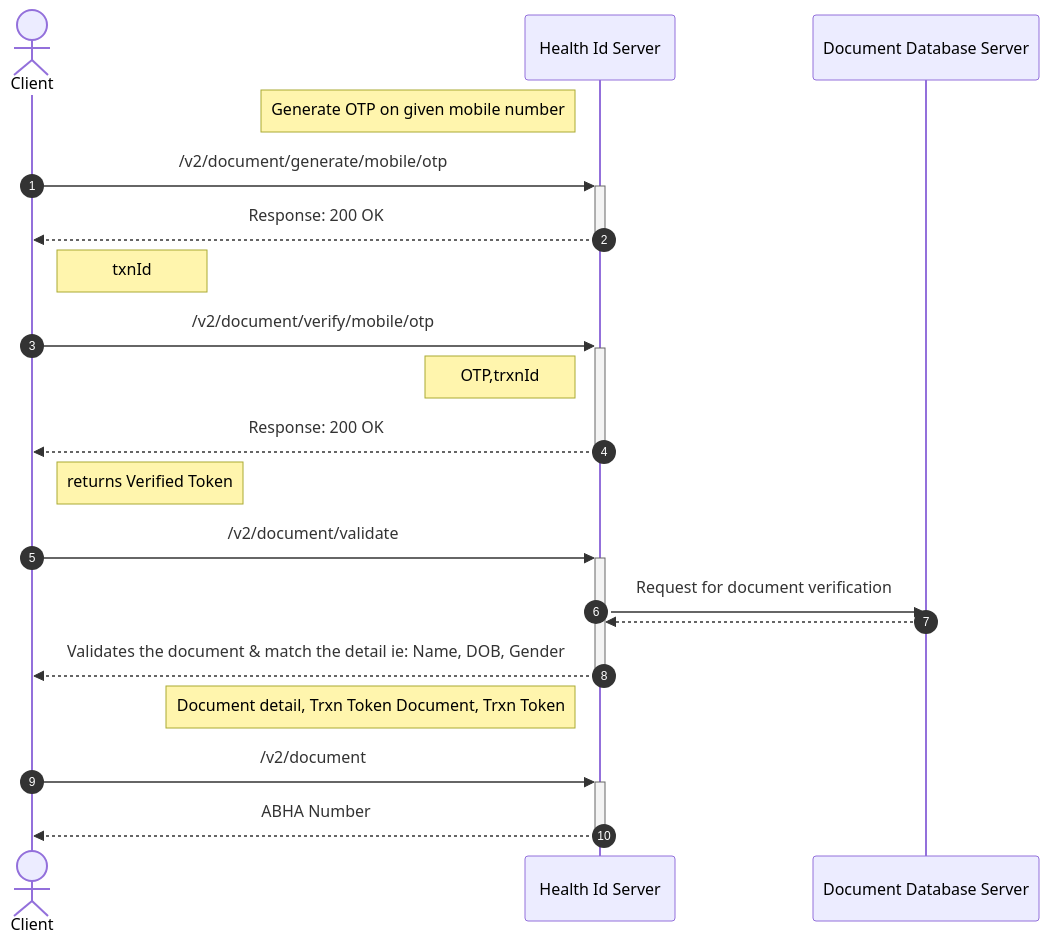
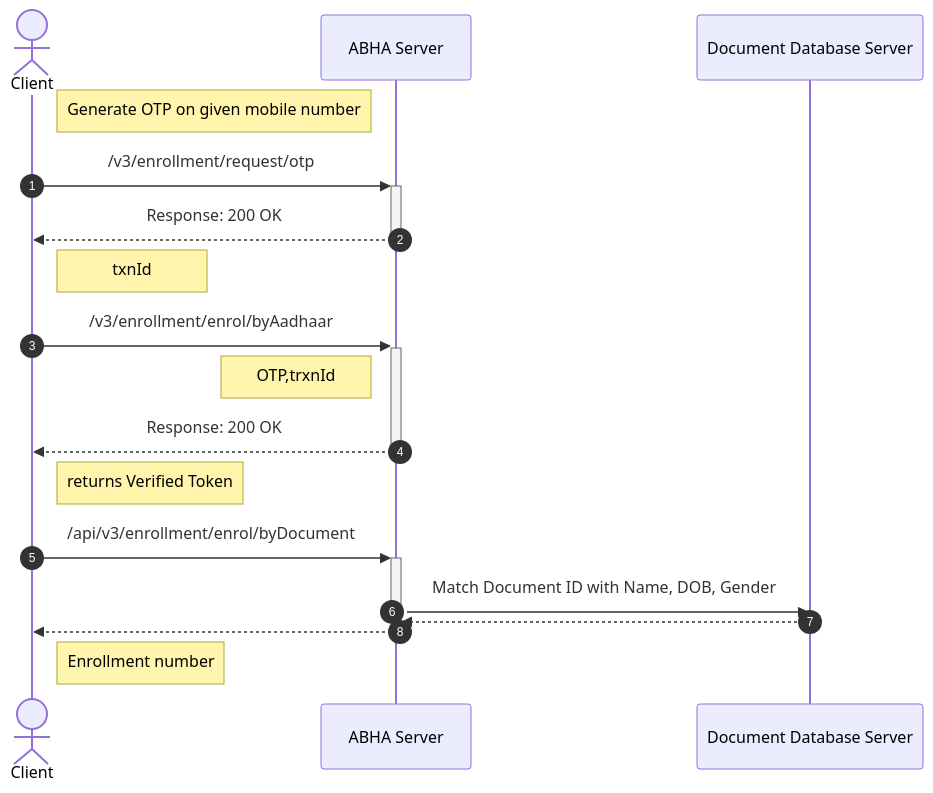
One commit to kiranma72/abdm-docs changed the diagram in content/2-milestone1/abha-number/driving-license.md. Above: the diagram before and after it, drawn with Mermaid. The commit also changed other lines of this file, not shown here.

Commit message:
changes for creation of abha no. using driving licence

```diff
--- a/content/2-milestone1/abha-number/driving-license.md
+++ b/content/2-milestone1/abha-number/driving-license.md
@@ -81,23 +62,20 @@
 {{< mermaid >}}
 %%{init:{"fontSize": "1.0rem", "sequence":{"showSequenceNumbers":true}}}%%
 sequenceDiagram
 actor Client
-participant Health Id Server
+participant ABHA Server
 participant Document Database Server
- note left of Health Id Server : Generate OTP on given mobile number
-    Client->>+Health Id Server: /v2/document/generate/mobile/otp
-   Health Id Server-->>-Client: Response: 200 OK 
+ note left of ABHA Server : Generate OTP on given mobile number
+    Client->>+ABHA Server: /v3/enrollment/request/otp
+   ABHA Server-->>-Client: Response: 200 OK 
    note right of Client : txnId
-    Client->>+Health Id Server: /v2/document/verify/mobile/otp
-  note left of Health Id Server : OTP,trxnId
-
-   Health Id Server-->>-Client: Response: 200 OK 
+    Client->>+ABHA Server: /v3/enrollment/enrol/byAadhaar
+  note left of ABHA Server : OTP,trxnId
+   ABHA Server-->>-Client: Response: 200 OK 
    note right of Client : returns Verified Token
-   Client->>+Health Id Server: /v2/document/validate
-      Health Id Server->>Document Database Server: Request for document verification
-   Document Database Server-->>Health Id Server: 
-   Health Id Server-->>-Client: Validates the document & match the detail ie: Name, DOB, Gender
-   note left of Health Id Server : Document detail, Trxn Token Document, Trxn Token
-    Client->>+Health Id Server: /v2/document
-   Health Id Server-->>-Client: ABHA Number
-   {{< /mermaid >}}
+   Client->>+ABHA Server: /api/v3/enrollment/enrol/byDocument
+      ABHA Server->>Document Database Server: Match Document ID with Name, DOB, Gender
+   Document Database Server-->>ABHA Server: 
+   ABHA Server-->>-Client: 
+   note right of Client : Enrollment number 
+{{< /mermaid >}}
```
